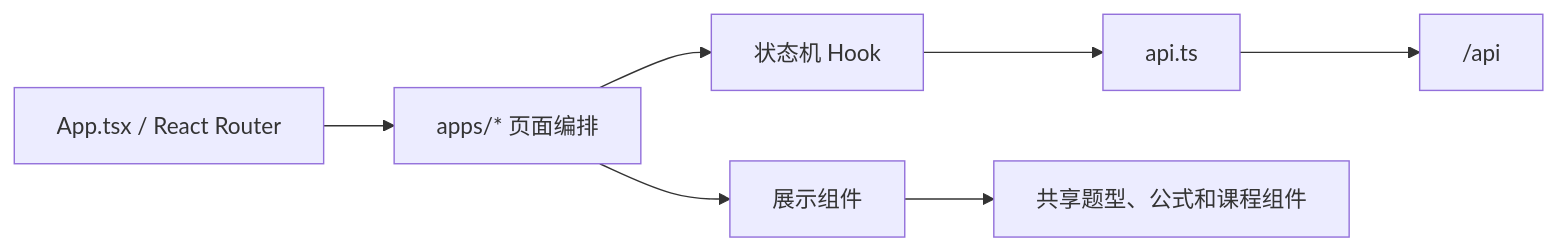
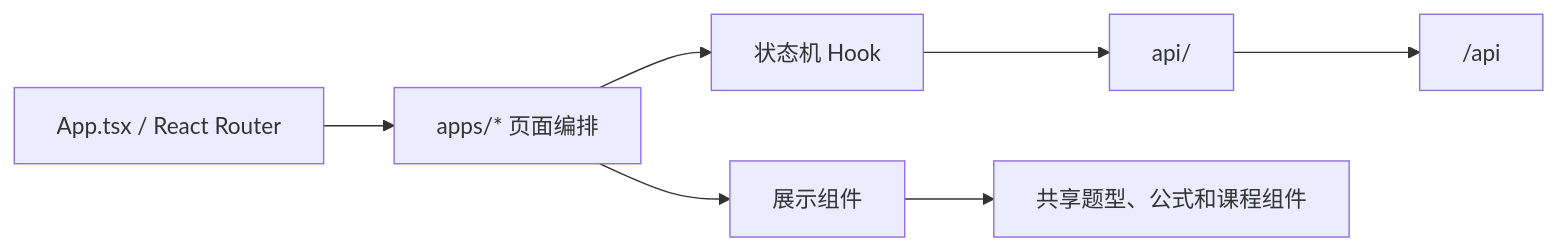
The second of 2 diagrams in docs/codebase-guide.md (ningkaikok/dotty-tutor), drawn with Mermaid before and after one commit. The commit also changed other lines of this file and 141 other files, not shown here.

````diff
--- a/docs/codebase-guide.md
+++ b/docs/codebase-guide.md
@@ -169,9 +163,9 @@
 ```mermaid
 flowchart LR
   Router["App.tsx / React Router"] --> Page["apps/* 页面编排"]
   Page --> Hook["状态机 Hook"]
   Page --> UI["展示组件"]
-  Hook --> API["api.ts"]
+  Hook --> API["api/"]
   UI --> Shared["共享题型、公式和课程组件"]
   API --> Backend["/api"]
 ```
````
